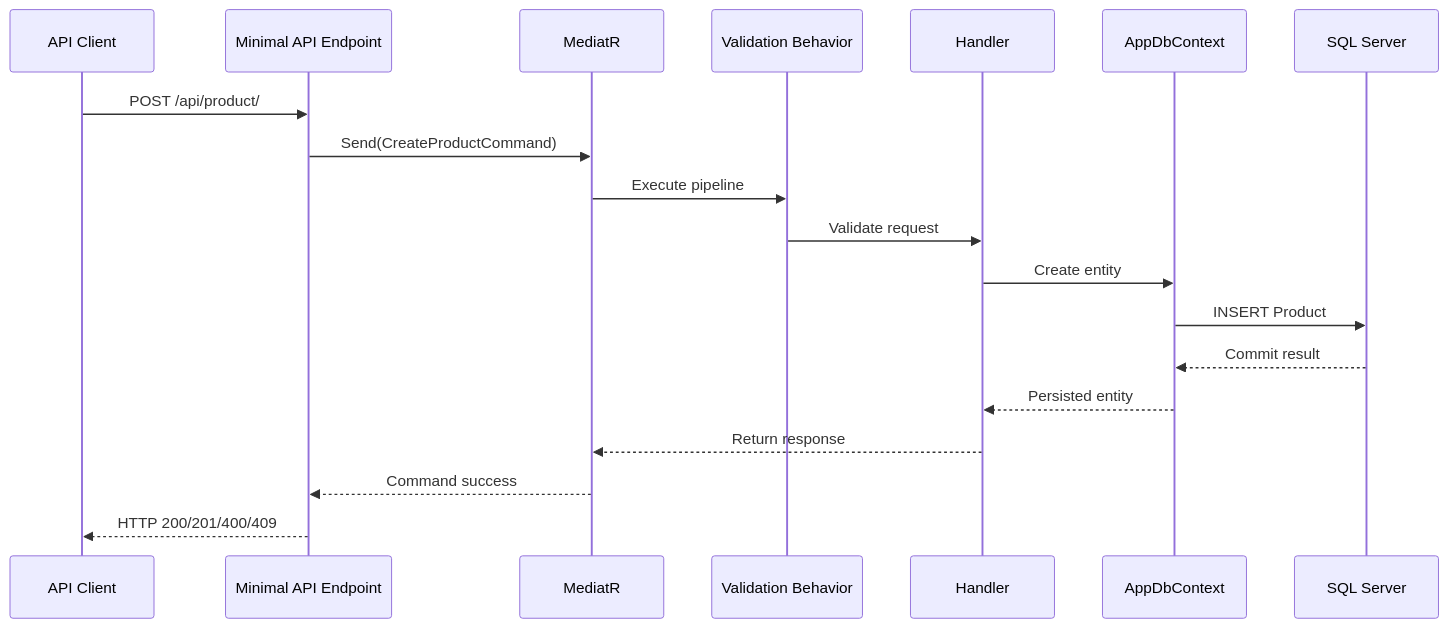
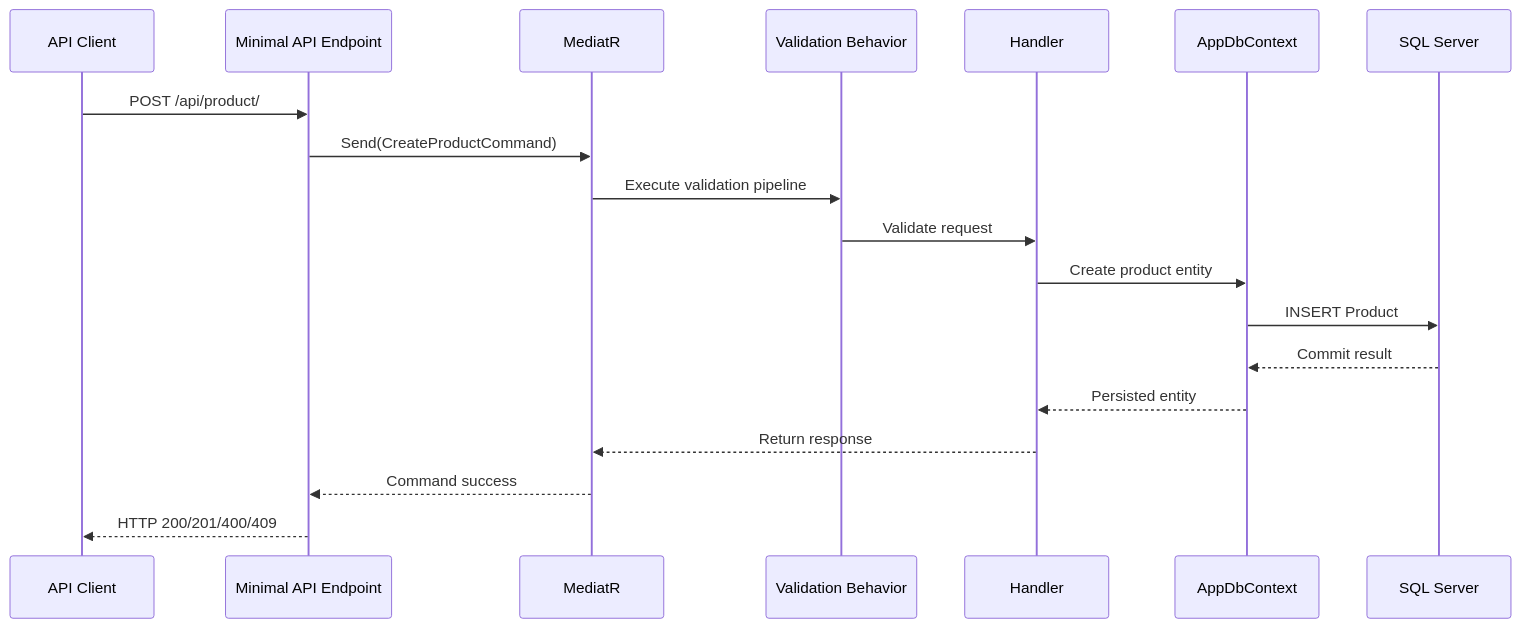
Before and after one commit to rjsondev/dotnet_api_starter: the diagram in .github/instructions/architecture-backend.instructions.md, drawn with Mermaid. The commit also changed other lines of this file, not shown here.

````diff
--- a/.github/instructions/architecture-backend.instructions.md
+++ b/.github/instructions/architecture-backend.instructions.md
@@ -161,22 +99,22 @@
 ```mermaid
 sequenceDiagram
     participant Client as API Client
     participant API as Minimal API Endpoint
     participant MR as MediatR
     participant VAL as Validation Behavior
     participant H as Handler
     participant DB as AppDbContext
     participant SQL as SQL Server
 
     Client->>API: POST /api/product/
     API->>MR: Send(CreateProductCommand)
-    MR->>VAL: Execute pipeline
+    MR->>VAL: Execute validation pipeline
     VAL->>H: Validate request
-    H->>DB: Create entity
+    H->>DB: Create product entity
     DB->>SQL: INSERT Product
     SQL-->>DB: Commit result
     DB-->>H: Persisted entity
     H-->>MR: Return response
     MR-->>API: Command success
     API-->>Client: HTTP 200/201/400/409
 ```
````
